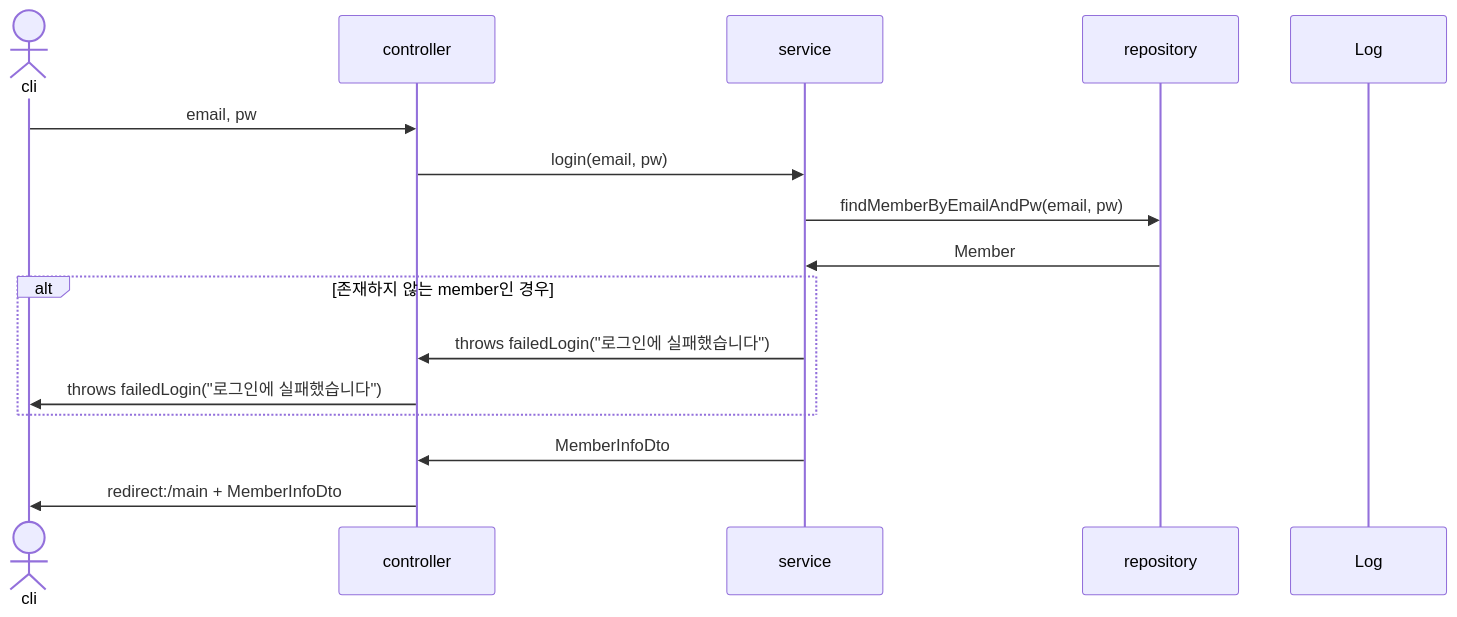
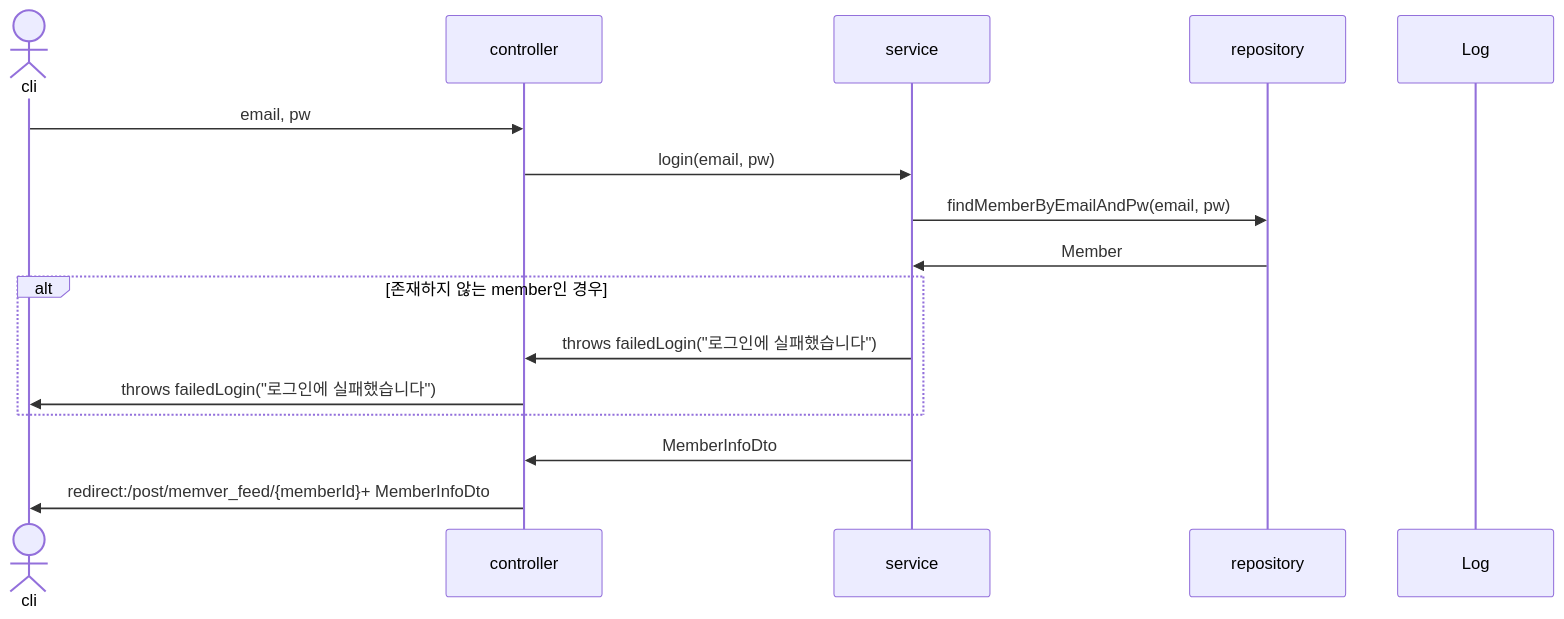
Diagram 11 of 30 in sequence.md (mtak0235/snsX), drawn with Mermaid before and after one commit. The commit also changed other lines of this file and 2 other files, not shown here.

Commit message:
#41 인터셉터가 아닌 컨트롤러에서 로그아웃 처리. 이유1:LoginCheckInterceptor의 postHandler에 로그아웃 로직을 넣기에는 해당 인터셉터를 통과하는 모든 경로가 영향을 받아버림. 이유2: 새로 인터셉트를 만들기에는 몇 줄 없는 코드에 파일이 새로 생겨버림.

````diff
--- a/sequence.md
+++ b/sequence.md
@@ -281,19 +281,19 @@
 ```mermaid
 sequenceDiagram
 actor cli
 participant c as controller
 participant s as service
 participant r as repository
 participant l as Log
 
 cli->>c: email, pw
 c->>s: login(email, pw)
 s->>r: findMemberByEmailAndPw(email, pw)
 r->>s: Member
 alt 존재하지 않는 member인 경우
 s->>c: throws failedLogin("로그인에 실패했습니다")
 c->>cli: throws failedLogin("로그인에 실패했습니다")
 end
 s->>c: MemberInfoDto
-c->>cli: redirect:/main + MemberInfoDto
+c->>cli: redirect:/post/memver_feed/{memberId}+ MemberInfoDto
 ```
````
